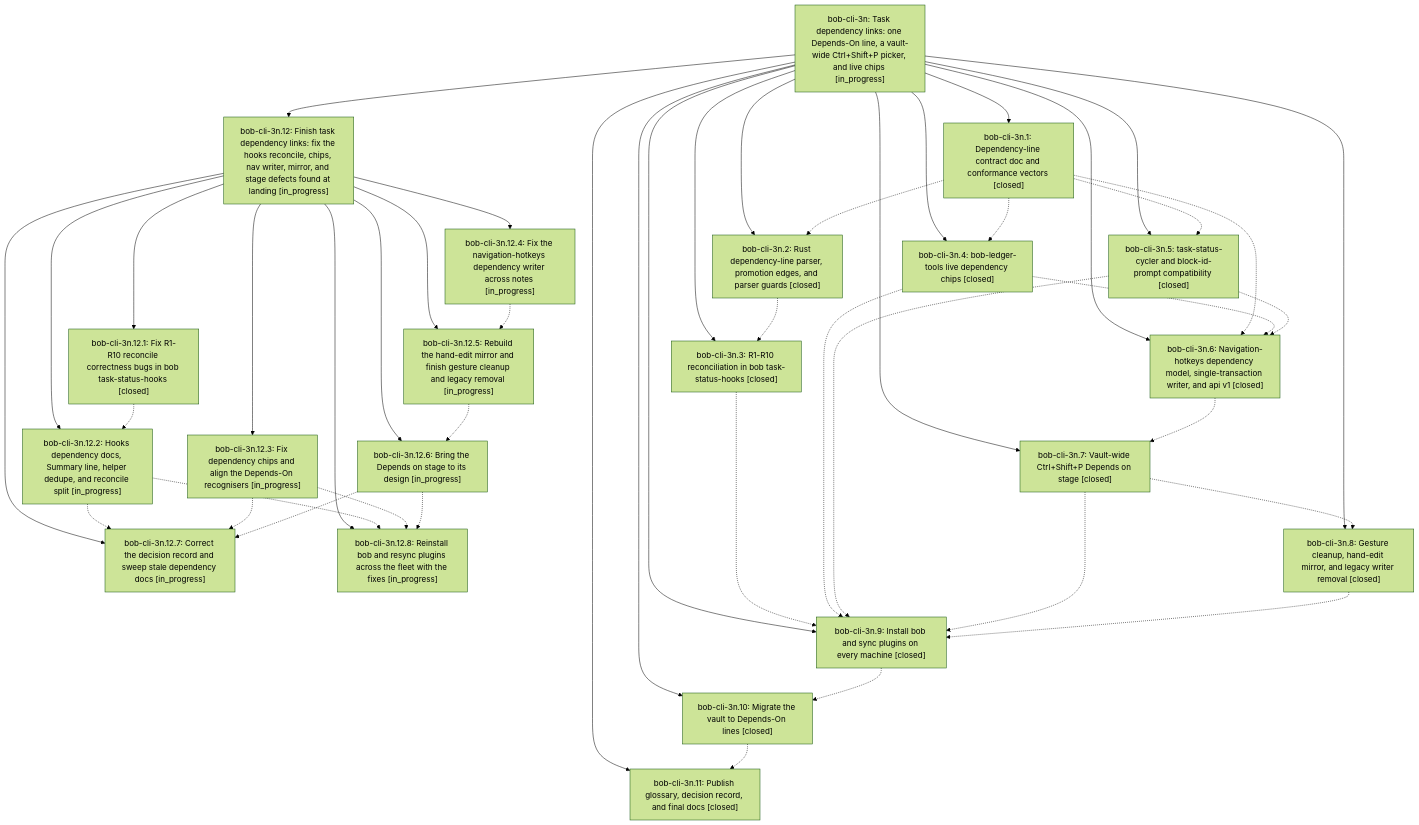
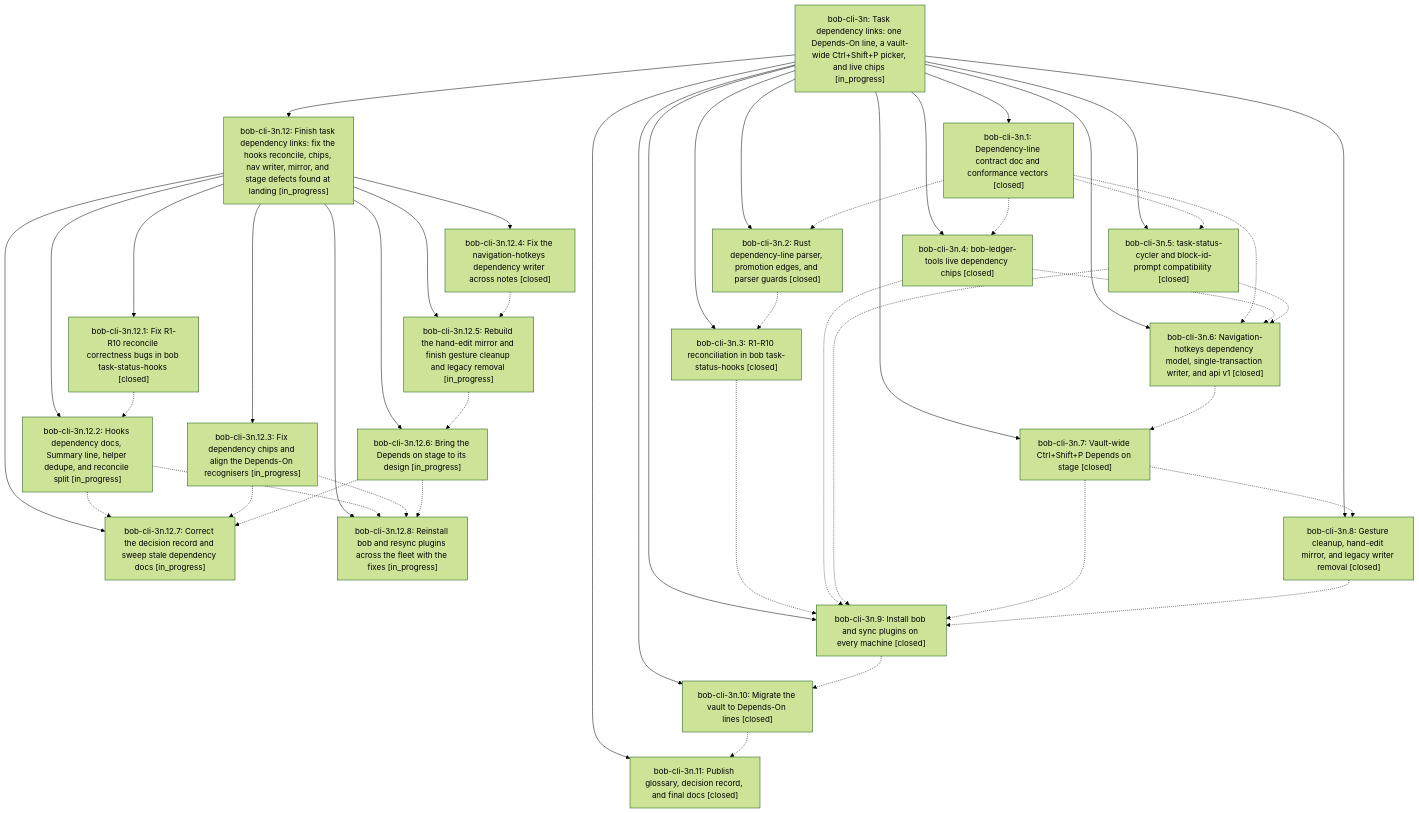
Before and after one commit to bobs-org/bob-cli--beads: the diagram in pages/bob-cli-3n/README.md, drawn with Mermaid (forest theme). The commit also changed other lines of this file and 8 other files, not shown here.

First line of the commit message:
chore(beads): sync bead state and pages for bob-cli-3n

````diff
--- a/pages/bob-cli-3n/README.md
+++ b/pages/bob-cli-3n/README.md
@@ -40,69 +40,69 @@
 ```mermaid
 flowchart TD
     n0["bob-cli-3n: Task dependency links: one Depends-On line, a vault-wide Ctrl+Shift+P picker, and live chips [in_progress]"]
     n1["bob-cli-3n.1: Dependency-line contract doc and conformance vectors [closed]"]
     n2["bob-cli-3n.10: Migrate the vault to Depends-On lines [closed]"]
     n3["bob-cli-3n.11: Publish glossary, decision record, and final docs [closed]"]
     n4["bob-cli-3n.12: Finish task dependency links: fix the hooks reconcile, chips, nav writer, mirror, and stage defects found at landing [in_progress]"]
     n5["bob-cli-3n.12.1: Fix R1-R10 reconcile correctness bugs in bob task-status-hooks [closed]"]
     n6["bob-cli-3n.12.2: Hooks dependency docs, Summary line, helper dedupe, and reconcile split [in_progress]"]
     n7["bob-cli-3n.12.3: Fix dependency chips and align the Depends-On recognisers [in_progress]"]
-    n8["bob-cli-3n.12.4: Fix the navigation-hotkeys dependency writer across notes [in_progress]"]
+    n8["bob-cli-3n.12.4: Fix the navigation-hotkeys dependency writer across notes [closed]"]
     n9["bob-cli-3n.12.5: Rebuild the hand-edit mirror and finish gesture cleanup and legacy removal [in_progress]"]
     n10["bob-cli-3n.12.6: Bring the Depends on stage to its design [in_progress]"]
     n11["bob-cli-3n.12.7: Correct the decision record and sweep stale dependency docs [in_progress]"]
     n12["bob-cli-3n.12.8: Reinstall bob and resync plugins across the fleet with the fixes [in_progress]"]
     n13["bob-cli-3n.2: Rust dependency-line parser, promotion edges, and parser guards [closed]"]
     n14["bob-cli-3n.3: R1-R10 reconciliation in bob task-status-hooks [closed]"]
     n15["bob-cli-3n.4: bob-ledger-tools live dependency chips [closed]"]
     n16["bob-cli-3n.5: task-status-cycler and block-id-prompt compatibility [closed]"]
     n17["bob-cli-3n.6: Navigation-hotkeys dependency model, single-transaction writer, and api v1 [closed]"]
     n18["bob-cli-3n.7: Vault-wide Ctrl+Shift+P Depends on stage [closed]"]
     n19["bob-cli-3n.8: Gesture cleanup, hand-edit mirror, and legacy writer removal [closed]"]
     n20["bob-cli-3n.9: Install bob and sync plugins on every machine [closed]"]
     n0 --> n1
     n0 --> n2
     n0 --> n3
     n0 --> n4
     n4 --> n5
     n4 --> n6
     n4 --> n7
     n4 --> n8
     n4 --> n9
     n4 --> n10
     n4 --> n11
     n4 --> n12
     n0 --> n13
     n0 --> n14
     n0 --> n15
     n0 --> n16
     n0 --> n17
     n0 --> n18
     n0 --> n19
     n0 --> n20
     n1 -.-> n13
     n1 -.-> n15
     n1 -.-> n16
     n1 -.-> n17
     n2 -.-> n3
     n5 -.-> n6
     n6 -.-> n11
     n6 -.-> n12
     n7 -.-> n11
     n7 -.-> n12
     n8 -.-> n9
     n9 -.-> n10
     n10 -.-> n11
     n10 -.-> n12
     n13 -.-> n14
     n14 -.-> n20
     n15 -.-> n17
     n15 -.-> n20
     n16 -.-> n17
     n16 -.-> n20
     n17 -.-> n18
     n18 -.-> n19
     n18 -.-> n20
     n19 -.-> n20
     n20 -.-> n2
 ```
````
